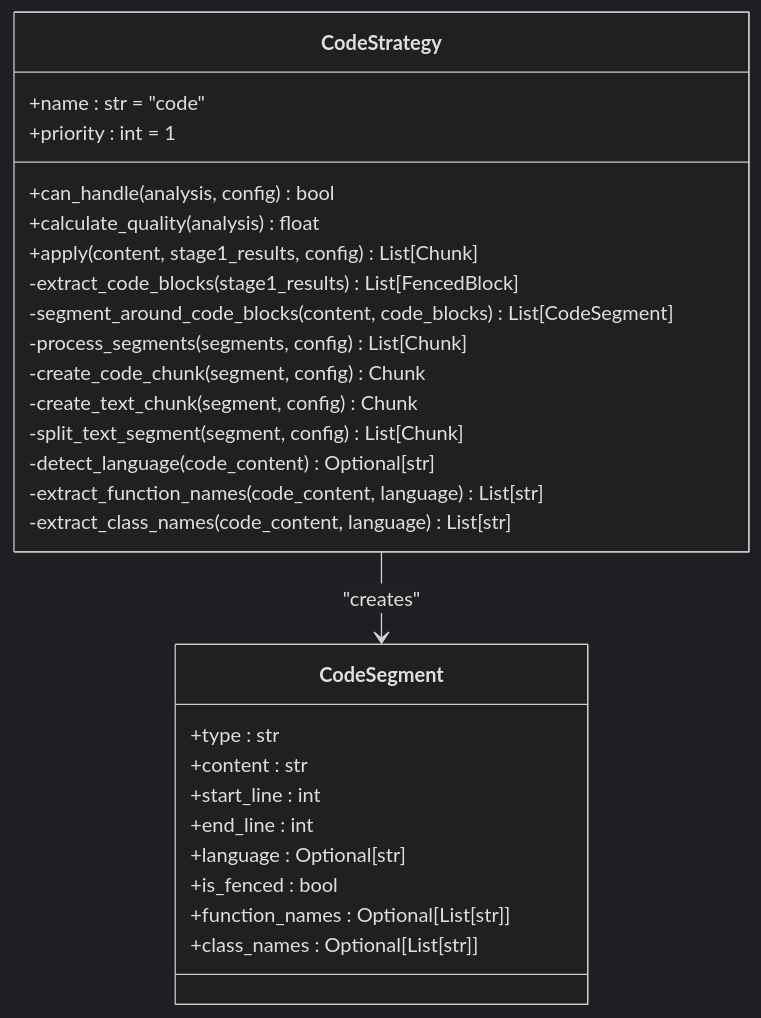
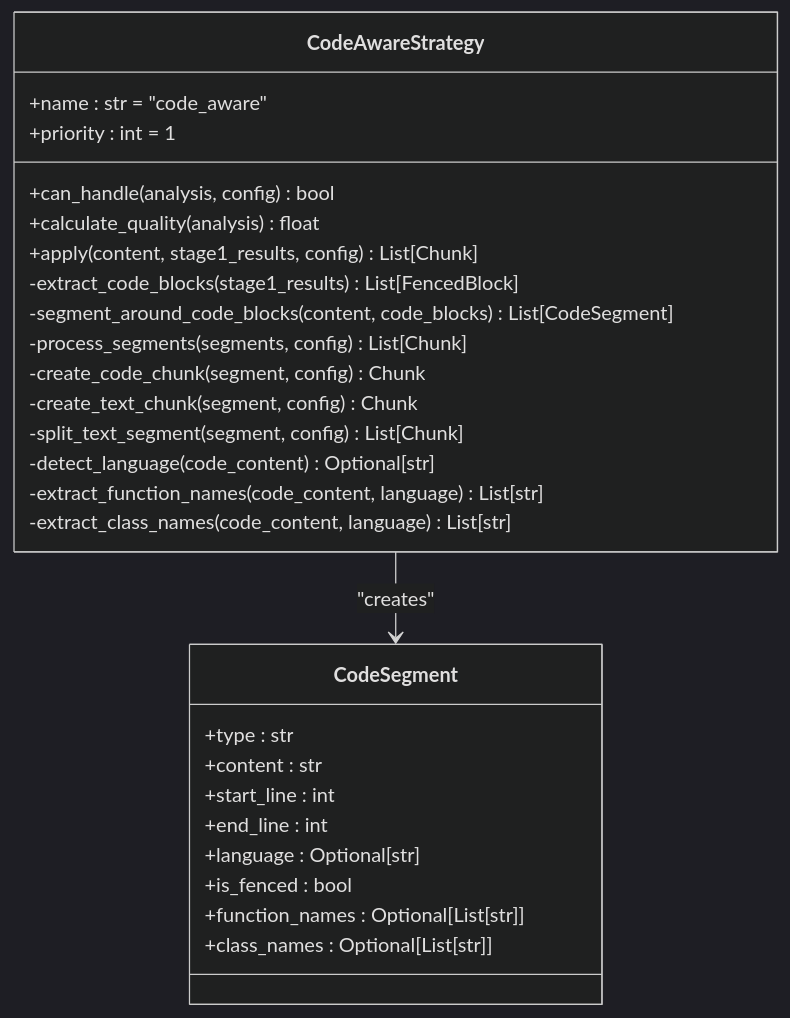
One commit to asukhodko/dify-markdown-chunker changed the first of 5 diagrams in .qoder/repowiki/en/content/Chunking Strategies/Chunking Strategies.md. Above: the diagram before and after it, drawn with Mermaid (dark theme). The commit also changed other lines of this file and 6 other files, not shown here.

First line of the commit message:
docs(architecture): add detailed architecture audit and redesign documentation

````diff
--- a/.qoder/repowiki/en/content/Chunking Strategies/Chunking Strategies.md
+++ b/.qoder/repowiki/en/content/Chunking Strategies/Chunking Strategies.md
@@ -53,30 +58,30 @@
 ```mermaid
 classDiagram
-class CodeStrategy {
-+name : str = "code"
+class CodeAwareStrategy {
++name : str = "code_aware"
 +priority : int = 1
 +can_handle(analysis, config) bool
 +calculate_quality(analysis) float
 +apply(content, stage1_results, config) List[Chunk]
 -extract_code_blocks(stage1_results) List[FencedBlock]
 -segment_around_code_blocks(content, code_blocks) List[CodeSegment]
 -process_segments(segments, config) List[Chunk]
 -create_code_chunk(segment, config) Chunk
 -create_text_chunk(segment, config) Chunk
 -split_text_segment(segment, config) List[Chunk]
 -detect_language(code_content) Optional[str]
 -extract_function_names(code_content, language) List[str]
 -extract_class_names(code_content, language) List[str]
 }
 class CodeSegment {
 +type : str
 +content : str
 +start_line : int
 +end_line : int
 +language : Optional[str]
 +is_fenced : bool
 +function_names : Optional[List[str]]
 +class_names : Optional[List[str]]
 }
-CodeStrategy --> CodeSegment : "creates"
+CodeAwareStrategy --> CodeSegment : "creates"
 ```
````
